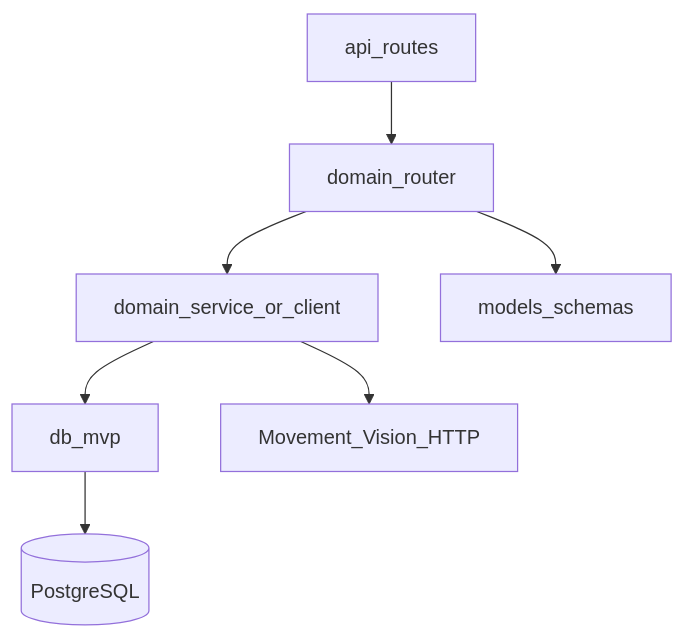
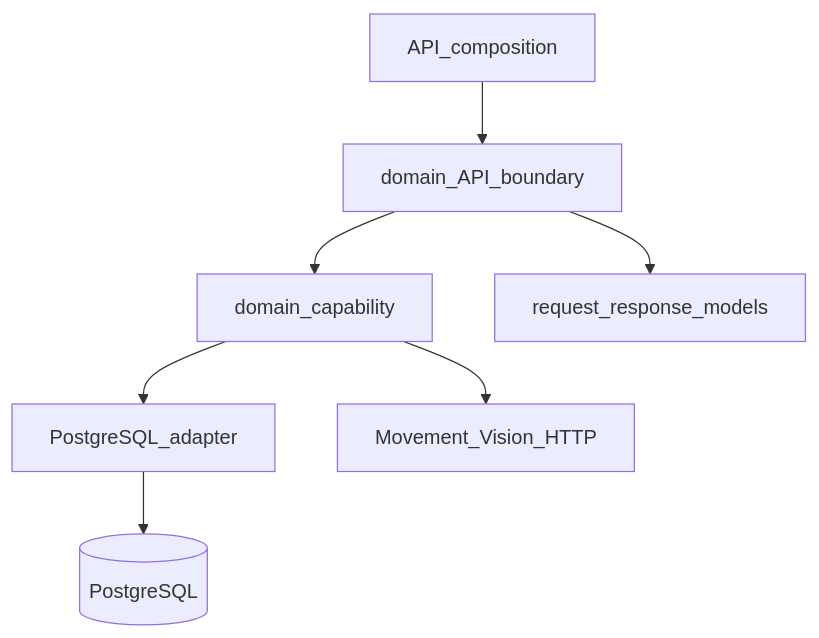
Before and after one commit to eduwing-robotics/ros2-ai-amr-repo3: the ninth of 10 diagrams in main_server/docs/ARCHITECTURE.md, drawn with Mermaid. The commit also changed other lines of this file and 108 other files, not shown here.

Commit message:
refactor: harden execution integration and acceptance flow

````diff
--- a/main_server/docs/ARCHITECTURE.md
+++ b/main_server/docs/ARCHITECTURE.md
@@ -190,9 +191,9 @@
 ```mermaid
 flowchart TB
-  Routes[api_routes] --> Router[domain_router]
-  Router --> Domain[domain_service_or_client]
-  Domain --> DB[db_mvp]
+  Routes[API_composition] --> Router[domain_API_boundary]
+  Router --> Domain[domain_capability]
+  Domain --> DB[PostgreSQL_adapter]
   Domain --> Ext[Movement_Vision_HTTP]
-  Router --> M[models_schemas]
+  Router --> M[request_response_models]
   DB --> PG[(PostgreSQL)]
 ```
````
